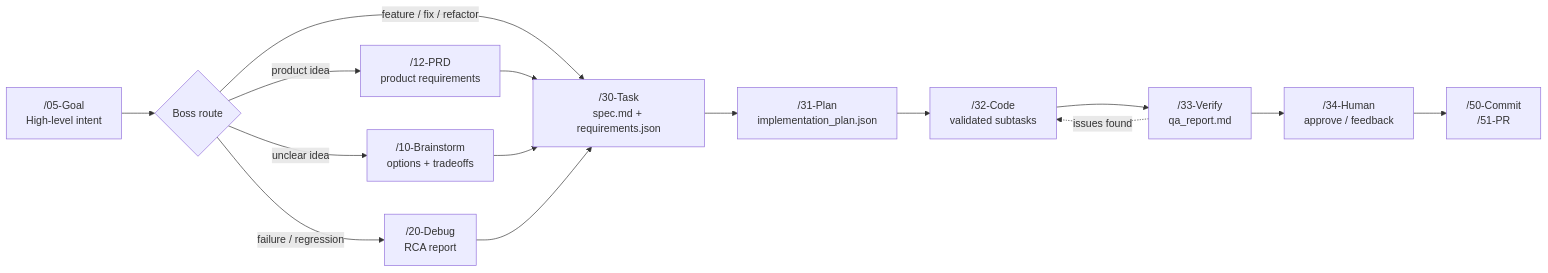
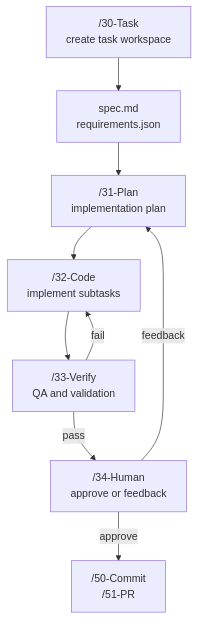
One commit to Jakkrich/nexus-devflow changed the second of 5 diagrams in README.md. Above: the diagram before and after it, drawn with Mermaid. The commit also changed other lines of this file, not shown here.

Commit message:
docs: expand README with advanced DevFlow diagrams and detailed process patterns

````diff
--- a/README.md
+++ b/README.md
@@ -49,20 +82,19 @@
 ```mermaid
-flowchart LR
-    Goal["/05-Goal<br/>High-level intent"] --> Route{"Boss route"}
-    Route -->|feature / fix / refactor| Task["/30-Task<br/>spec.md + requirements.json"]
-    Route -->|product idea| PRD["/12-PRD<br/>product requirements"]
-    Route -->|unclear idea| Brainstorm["/10-Brainstorm<br/>options + tradeoffs"]
-    Route -->|failure / regression| Debug["/20-Debug<br/>RCA report"]
+flowchart TD
+    Task["/30-Task<br/>create task workspace"]
+    Spec["spec.md<br/>requirements.json"]
+    Plan["/31-Plan<br/>implementation plan"]
+    Code["/32-Code<br/>implement subtasks"]
+    Verify["/33-Verify<br/>QA and validation"]
+    Human["/34-Human<br/>approve or feedback"]
+    Ship["/50-Commit<br/>/51-PR"]
 
-    PRD --> Task
-    Brainstorm --> Task
-    Debug --> Task
-
-    Task --> Plan["/31-Plan<br/>implementation_plan.json"]
-    Plan --> Code["/32-Code<br/>validated subtasks"]
-    Code --> Verify["/33-Verify<br/>qa_report.md"]
-    Verify --> Human["/34-Human<br/>approve / feedback"]
-    Human --> Ship["/50-Commit<br/>/51-PR"]
-
-    Verify -.issues found.-> Code
+    Task --> Spec
+    Spec --> Plan
+    Plan --> Code
+    Code --> Verify
+    Verify -->|pass| Human
+    Verify -->|fail| Code
+    Human -->|approve| Ship
+    Human -->|feedback| Plan
 ```
````
